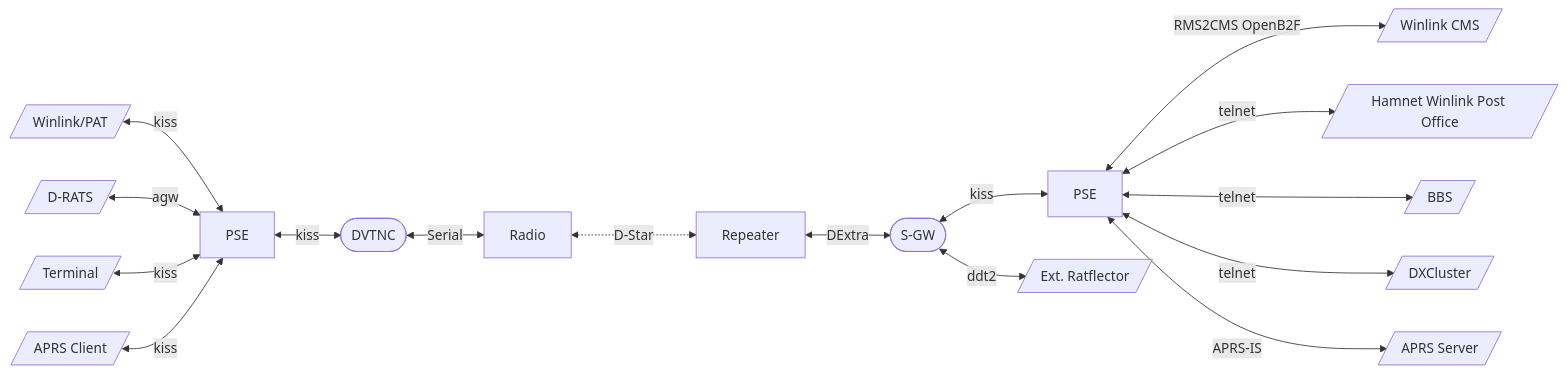
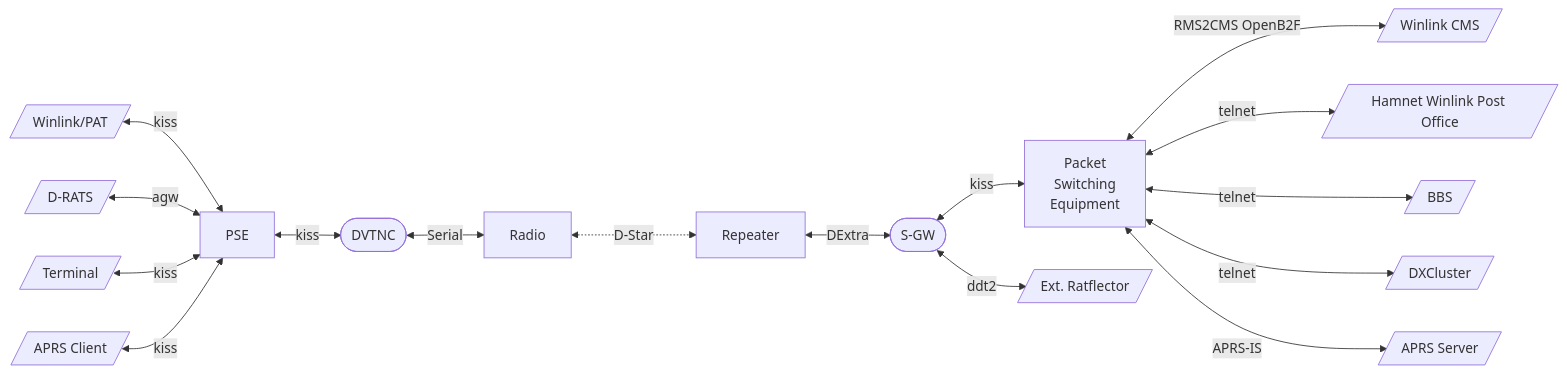
Before and after one commit to dscp46/dsgw: the diagram in README.md, drawn with Mermaid.

Commit message:
Update README.md
Fixes #1

````diff
--- a/README.md
+++ b/README.md
@@ -17,18 +17,18 @@
 ```mermaid
 flowchart LR
     wl2k[/Winlink/PAT/] <-->|kiss| pse_c[PSE]
     rat[/D-RATS/] <-->|agw| pse_c
     term[/Terminal/] <-->|kiss| pse_c
     apc[/APRS Client/] <-->|kiss| pse_c
     pse_c <-->|kiss| tnc@{ shape: stadium, label: "DVTNC"}
     tnc <-->|Serial| radio[Radio]
     radio <-..->|D-Star| rptr[Repeater]
     rptr <-->|DExtra| dsgw@{ shape: stadium, label: "S-GW"}
-    dsgw <--> |kiss|pse_s[PSE]
+    dsgw <--> |kiss|pse_s[Packet<br>Switching<br>Equipment]
     pse_s <-->|RMS2CMS OpenB2F| cms[/Winlink CMS/]
     pse_s <-->|telnet| wlpo[/Hamnet Winlink Post Office/]
     pse_s <-->|telnet| bbs[/BBS/]
     pse_s <-->|telnet| dxc[/DXCluster/]
     pse_s <-->|APRS-IS| abk[/APRS Server/]
     dsgw <--> |ddt2| rfl[/Ext. Ratflector/]
 ```
````
